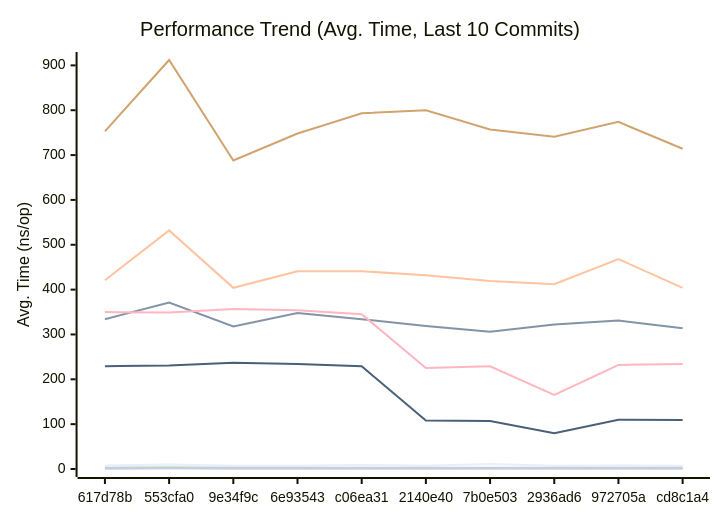
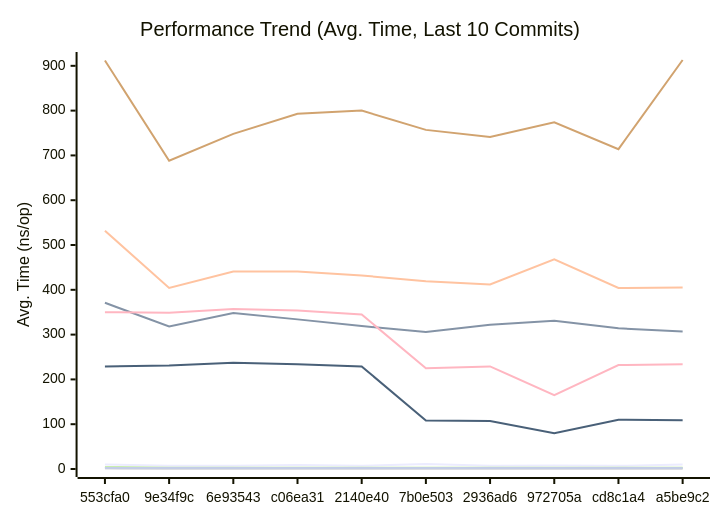
Before and after one commit to alsotoes/momo: the first of 3 diagrams in docs/PERFORMANCE.md, drawn with Mermaid. The commit also changed other lines of this file and 4 other files, not shown here.

````diff
--- a/docs/PERFORMANCE.md
+++ b/docs/PERFORMANCE.md
@@ -80,16 +80,16 @@
 ```mermaid
 xychart-beta
     title "Performance Trend (Avg. Time, Last 10 Commits)"
     x-axis "Commit"
     y-axis "Avg. Time (ns/op)"
-    x-axis [617d78b,553cfa0,9e34f9c,6e93543,c06ea31,2140e40,7b0e503,2936ad6,972705a,cd8c1a4]
-    line "CheckMetricsAndSwap" [8,10,7,7,9,7,11,7,8,7]
-    line "CrushOptimized" [334,371,318,348,334,319,306,322,331,314]
-    line "CrushOriginal" [421,532,404,441,441,432,419,412,468,404]
-    line "IndexDirectTracking" [0,1,0,0,0,0,0,0,0,0]
-    line "IndexSearch" [3,4,3,3,3,3,3,3,3,3]
-    line "LoadGlobalConfig" [753,912,688,748,793,800,757,741,774,714]
+    x-axis [553cfa0,9e34f9c,6e93543,c06ea31,2140e40,7b0e503,2936ad6,972705a,cd8c1a4,a5be9c2]
+    line "CheckMetricsAndSwap" [10,7,7,9,7,11,7,8,7,10]
+    line "CrushOptimized" [371,318,348,334,319,306,322,331,314,307]
+    line "CrushOriginal" [532,404,441,441,432,419,412,468,404,405]
+    line "IndexDirectTracking" [1,0,0,0,0,0,0,0,0,0]
+    line "IndexSearch" [4,3,3,3,3,3,3,3,3,3]
+    line "LoadGlobalConfig" [912,688,748,793,800,757,741,774,714,913]
     line "PadString" [2,2,2,2,2,2,2,2,2,2]
     line "ParseReplicationOrder_NoPrealloc" [350,349,357,354,345,225,229,165,232,234]
     line "ParseReplicationOrder_Prealloc" [229,231,237,234,229,108,107,80,110,109]
 ```
````
